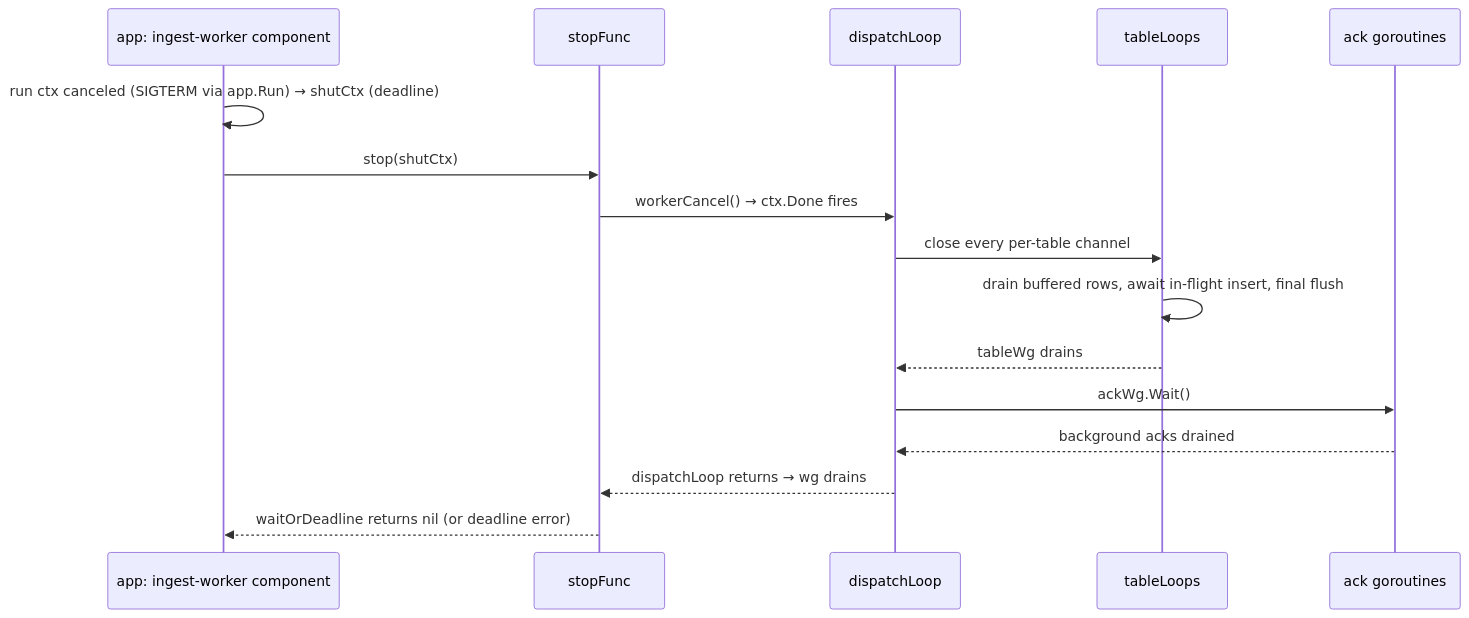
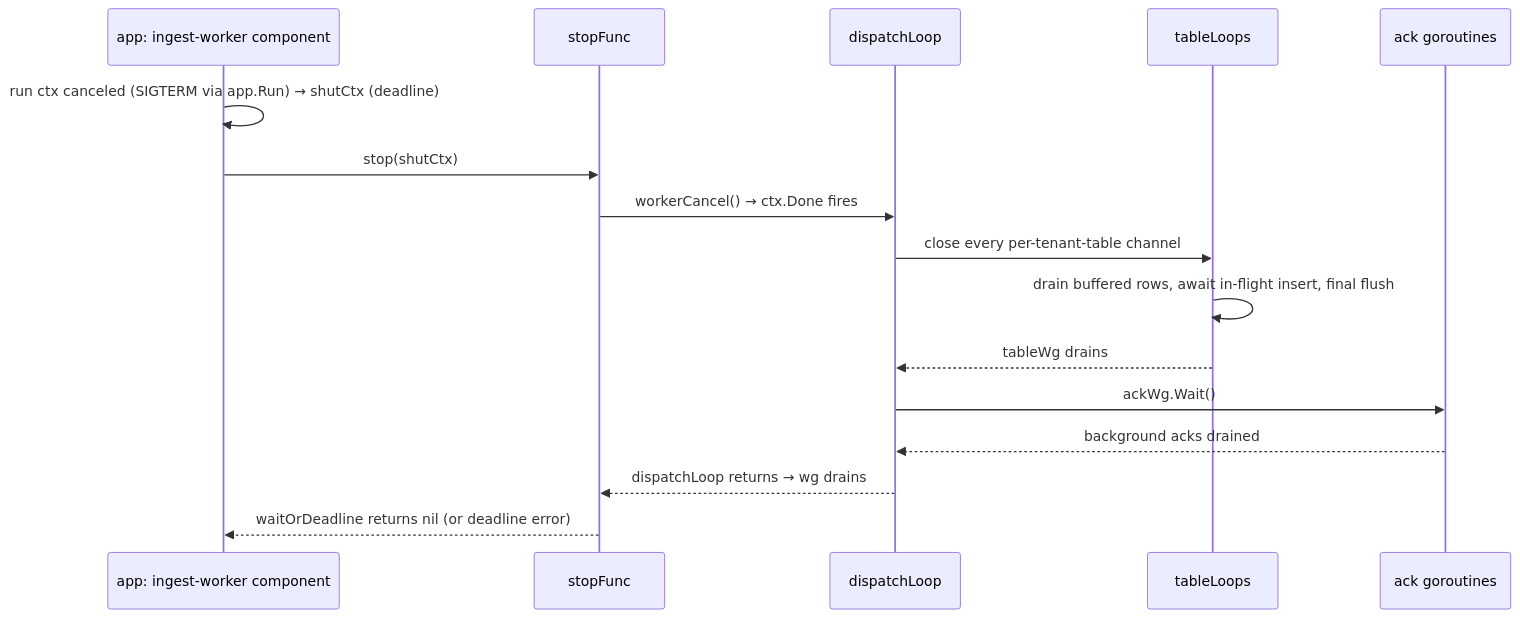
Before and after one commit to Wave-RF/WaveHouse: the sixth of 8 diagrams in docs/src/content/docs/ingest-pipeline.md, drawn with Mermaid. The commit also changed other lines of this file and 34 other files, not shown here.

First line of the commit message:
feat(mq): lead every subject with the tenant (#609)

````diff
--- a/docs/src/content/docs/ingest-pipeline.md
+++ b/docs/src/content/docs/ingest-pipeline.md
@@ -177,18 +178,18 @@
 ```mermaid
 sequenceDiagram
     participant M as app: ingest-worker component
     participant SF as stopFunc
     participant D as dispatchLoop
     participant TL as tableLoops
     participant A as ack goroutines
     M->>M: run ctx canceled (SIGTERM via app.Run) → shutCtx (deadline)
     M->>SF: stop(shutCtx)
     SF->>D: workerCancel() → ctx.Done fires
-    D->>TL: close every per-table channel
+    D->>TL: close every per-tenant-table channel
     TL->>TL: drain buffered rows, await in-flight insert, final flush
     TL-->>D: tableWg drains
     D->>A: ackWg.Wait()
     A-->>D: background acks drained
     D-->>SF: dispatchLoop returns → wg drains
     SF-->>M: waitOrDeadline returns nil (or deadline error)
 ```
````
